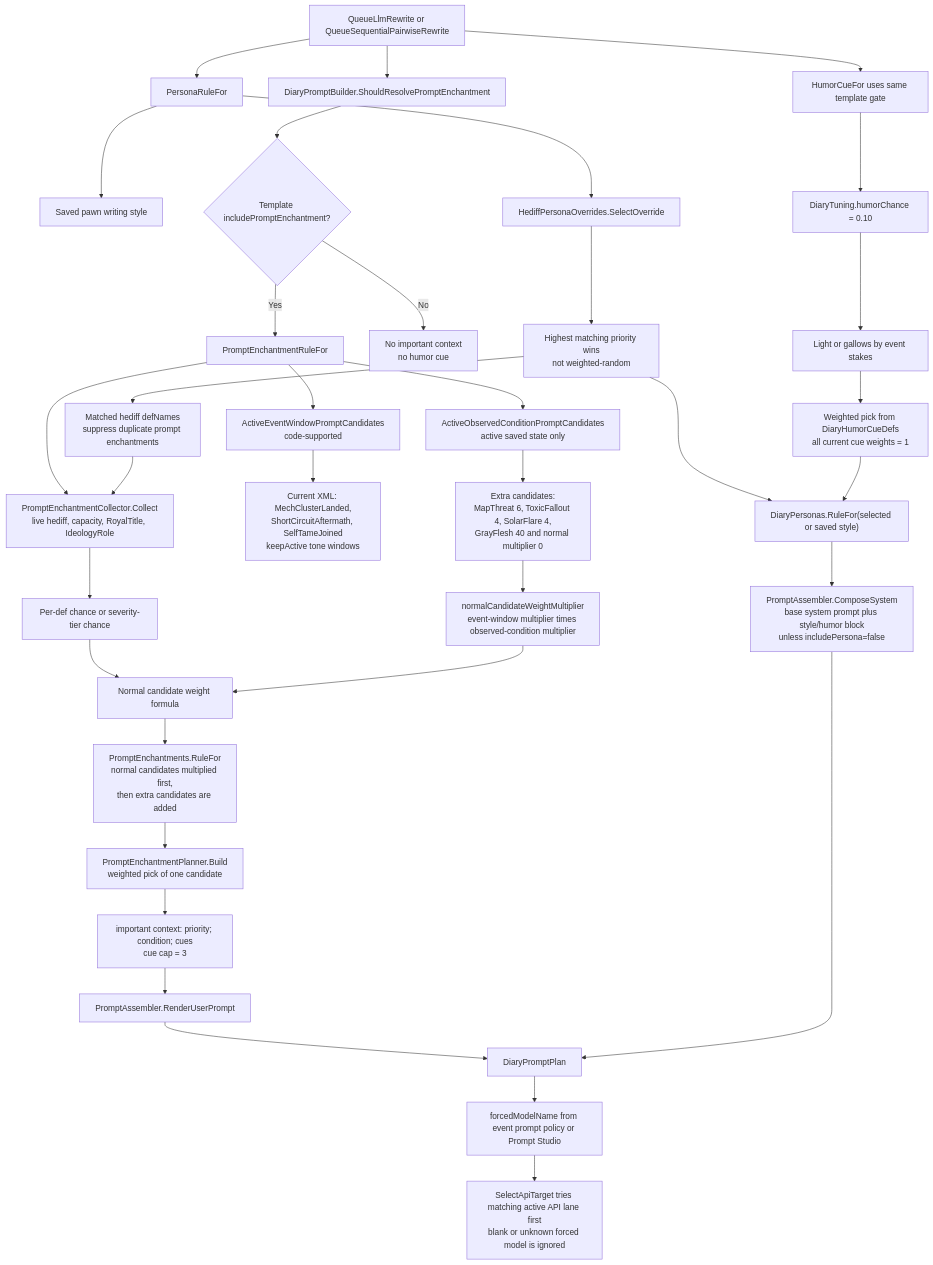
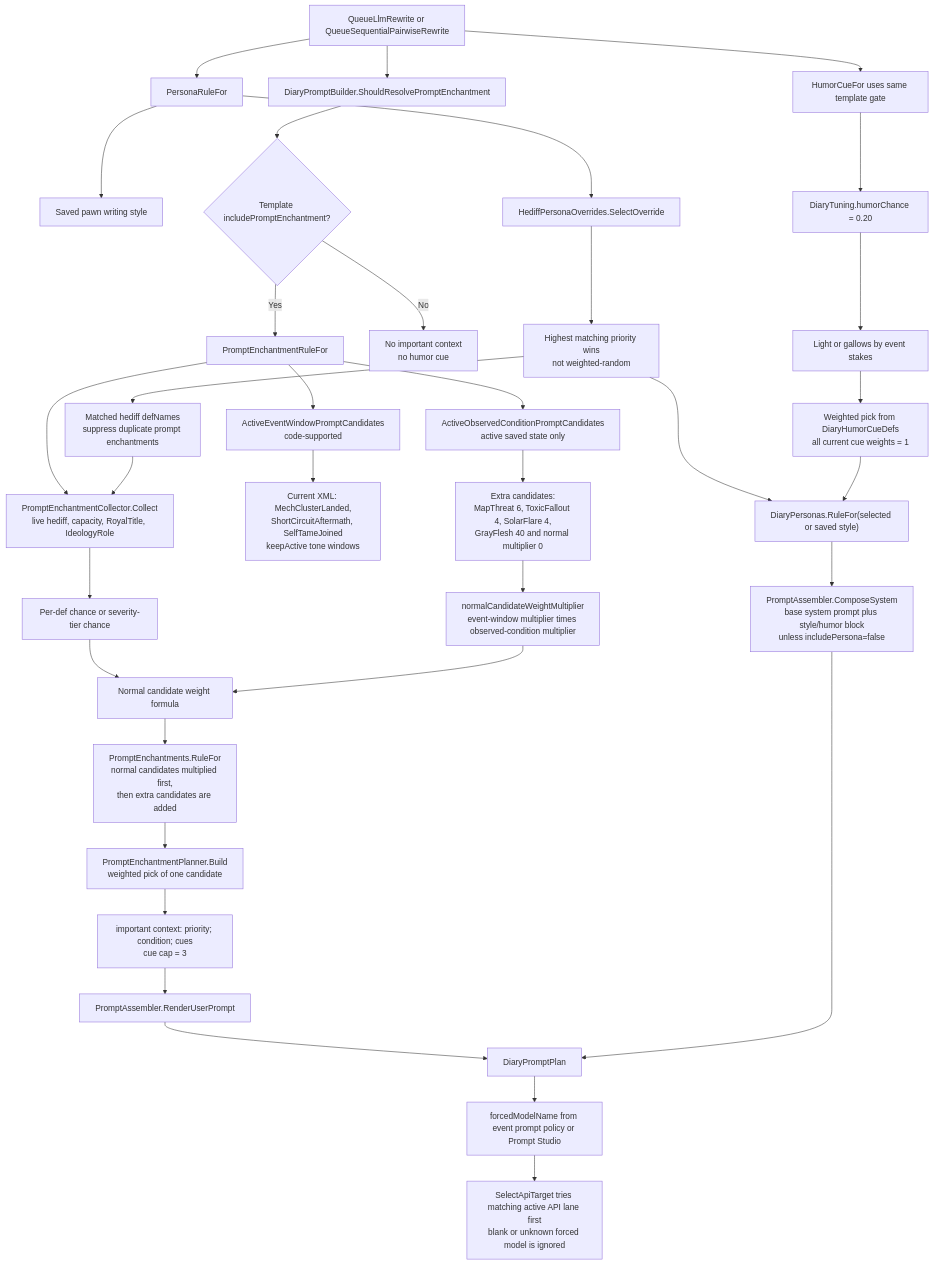
One commit to aimmlegate/PawnDiary changed the third of 6 diagrams in EVENT_PROMPT_MAP.md. Above: the diagram before and after it, drawn with Mermaid. The commit also changed other lines of this file and 13 other files, not shown here.

````diff
--- a/EVENT_PROMPT_MAP.md
+++ b/EVENT_PROMPT_MAP.md
@@ -232,41 +232,41 @@
 ```mermaid
 flowchart TD
     Queue["QueueLlmRewrite or QueueSequentialPairwiseRewrite"] --> Style["PersonaRuleFor"]
     Style --> SavedStyle["Saved pawn writing style"]
     Style --> HediffStyle["HediffPersonaOverrides.SelectOverride"]
     HediffStyle --> Priority["Highest matching priority wins<br/>not weighted-random"]
     Priority --> PersonaBlock["DiaryPersonas.RuleFor(selected or saved style)"]
     Priority --> Suppressed["Matched hediff defNames<br/>suppress duplicate prompt enchantments"]
 
     Queue --> Gate["DiaryPromptBuilder.ShouldResolvePromptEnchantment"]
     Gate --> TemplateFlag{"Template includePromptEnchantment?"}
     TemplateFlag -- No --> NoEnchant["No important context<br/>no humor cue"]
     TemplateFlag -- Yes --> Collect["PromptEnchantmentRuleFor"]
 
     Collect --> WindowCandidates["ActiveEventWindowPromptCandidates<br/>code-supported"]
     WindowCandidates --> WindowCurrent["Current XML: MechClusterLanded,<br/>ShortCircuitAftermath, SelfTameJoined<br/>keepActive tone windows"]
     Collect --> ObservedCandidates["ActiveObservedConditionPromptCandidates<br/>active saved state only"]
     ObservedCandidates --> ObservedWeights["Extra candidates:<br/>MapThreat 6, ToxicFallout 4, SolarFlare 4,<br/>GrayFlesh 40 and normal multiplier 0"]
     Collect --> NormalCandidates["PromptEnchantmentCollector.Collect<br/>live hediff, capacity, RoyalTitle, IdeologyRole"]
     NormalCandidates --> ChanceGate["Per-def chance or severity-tier chance"]
     ChanceGate --> NormalWeight["Normal candidate weight formula"]
     Suppressed --> NormalCandidates
     ObservedWeights --> Multiplier["normalCandidateWeightMultiplier<br/>event-window multiplier times observed-condition multiplier"]
     Multiplier --> NormalWeight
     NormalWeight --> Pool["PromptEnchantments.RuleFor<br/>normal candidates multiplied first,<br/>then extra candidates are added"]
     Pool --> Pick["PromptEnchantmentPlanner.Build<br/>weighted pick of one candidate"]
     Pick --> ContextLine["important context: priority; condition; cues<br/>cue cap = 3"]
 
     Queue --> HumorGate["HumorCueFor uses same template gate"]
-    HumorGate --> HumorChance["DiaryTuning.humorChance = 0.10"]
+    HumorGate --> HumorChance["DiaryTuning.humorChance = 0.20"]
     HumorChance --> HumorTier["Light or gallows by event stakes"]
     HumorTier --> HumorPick["Weighted pick from DiaryHumorCueDefs<br/>all current cue weights = 1"]
     HumorPick --> PersonaBlock
 
     PersonaBlock --> System["PromptAssembler.ComposeSystem<br/>base system prompt plus style/humor block<br/>unless includePersona=false"]
     ContextLine --> User["PromptAssembler.RenderUserPrompt"]
     User --> Prompt["DiaryPromptPlan"]
     System --> Prompt
     Prompt --> Forced["forcedModelName from event prompt policy or Prompt Studio"]
     Forced --> Lane["SelectApiTarget tries matching active API lane first<br/>blank or unknown forced model is ignored"]
 ```
````
